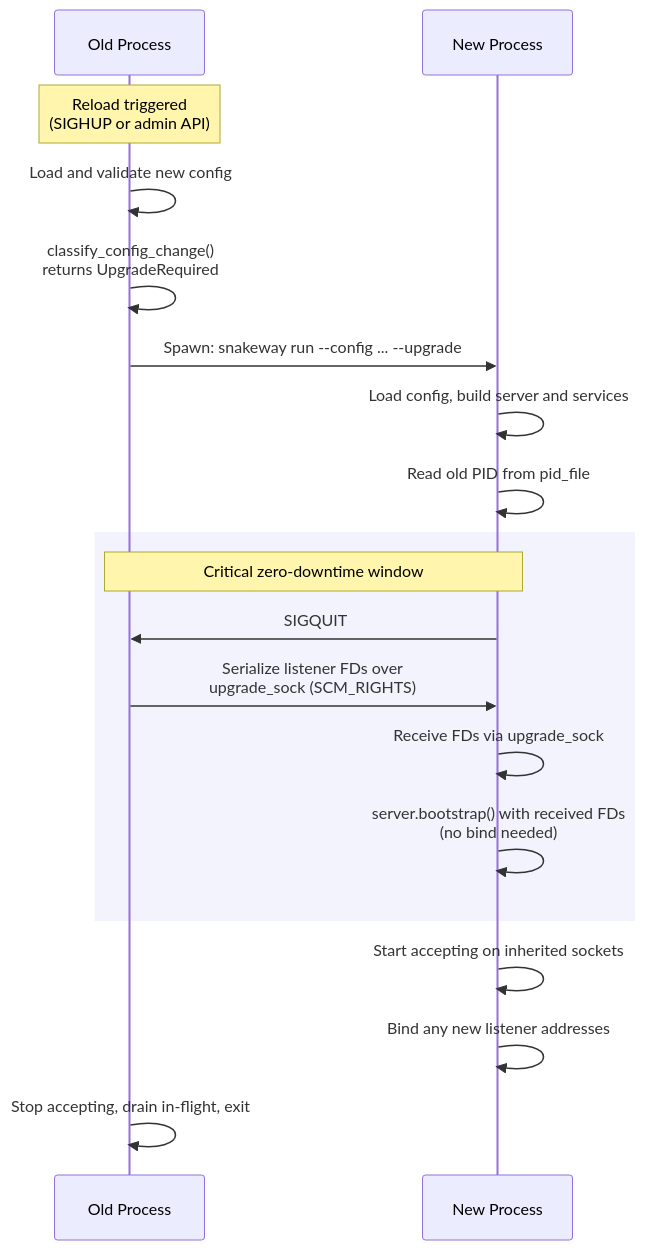
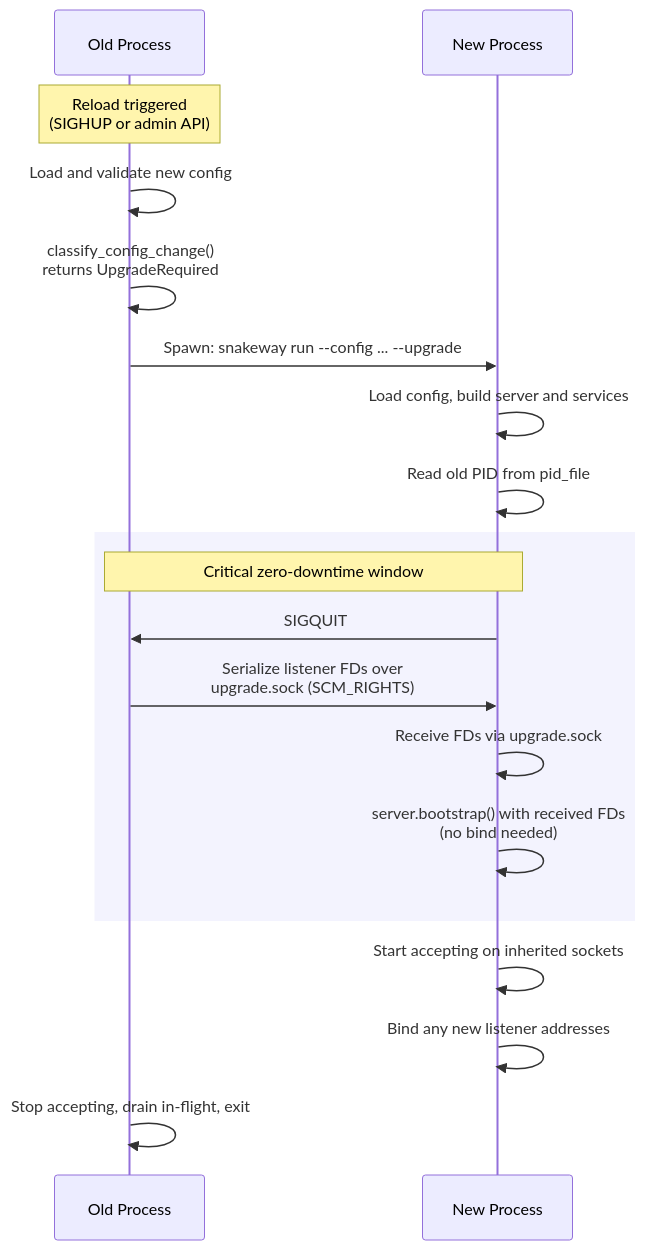
The diagram in docs/docs/internals/hot-reload.md (snakewayhq/snakeway), drawn with Mermaid before and after one commit. The commit also changed other lines of this file, not shown here.

````diff
--- a/docs/docs/internals/hot-reload.md
+++ b/docs/docs/internals/hot-reload.md
@@ -73,24 +77,24 @@
 ```mermaid
 sequenceDiagram
     participant Old as Old Process
     participant New as New Process
 
     Note over Old: Reload triggered<br/>(SIGHUP or admin API)
     Old->>Old: Load and validate new config
     Old->>Old: classify_config_change()<br/>returns UpgradeRequired
     Old->>New: Spawn: snakeway run --config ... --upgrade
     New->>New: Load config, build server and services
     New->>New: Read old PID from pid_file
 
     rect rgba(99, 102, 241, 0.08)
         Note over Old,New: Critical zero-downtime window
         New->>Old: SIGQUIT
-        Old->>New: Serialize listener FDs over<br/>upgrade_sock (SCM_RIGHTS)
-        New->>New: Receive FDs via upgrade_sock
+        Old->>New: Serialize listener FDs over<br/>upgrade.sock (SCM_RIGHTS)
+        New->>New: Receive FDs via upgrade.sock
         New->>New: server.bootstrap() with received FDs<br/>(no bind needed)
     end
 
     New->>New: Start accepting on inherited sockets
     New->>New: Bind any new listener addresses
     Old->>Old: Stop accepting, drain in-flight, exit
 ```
````
